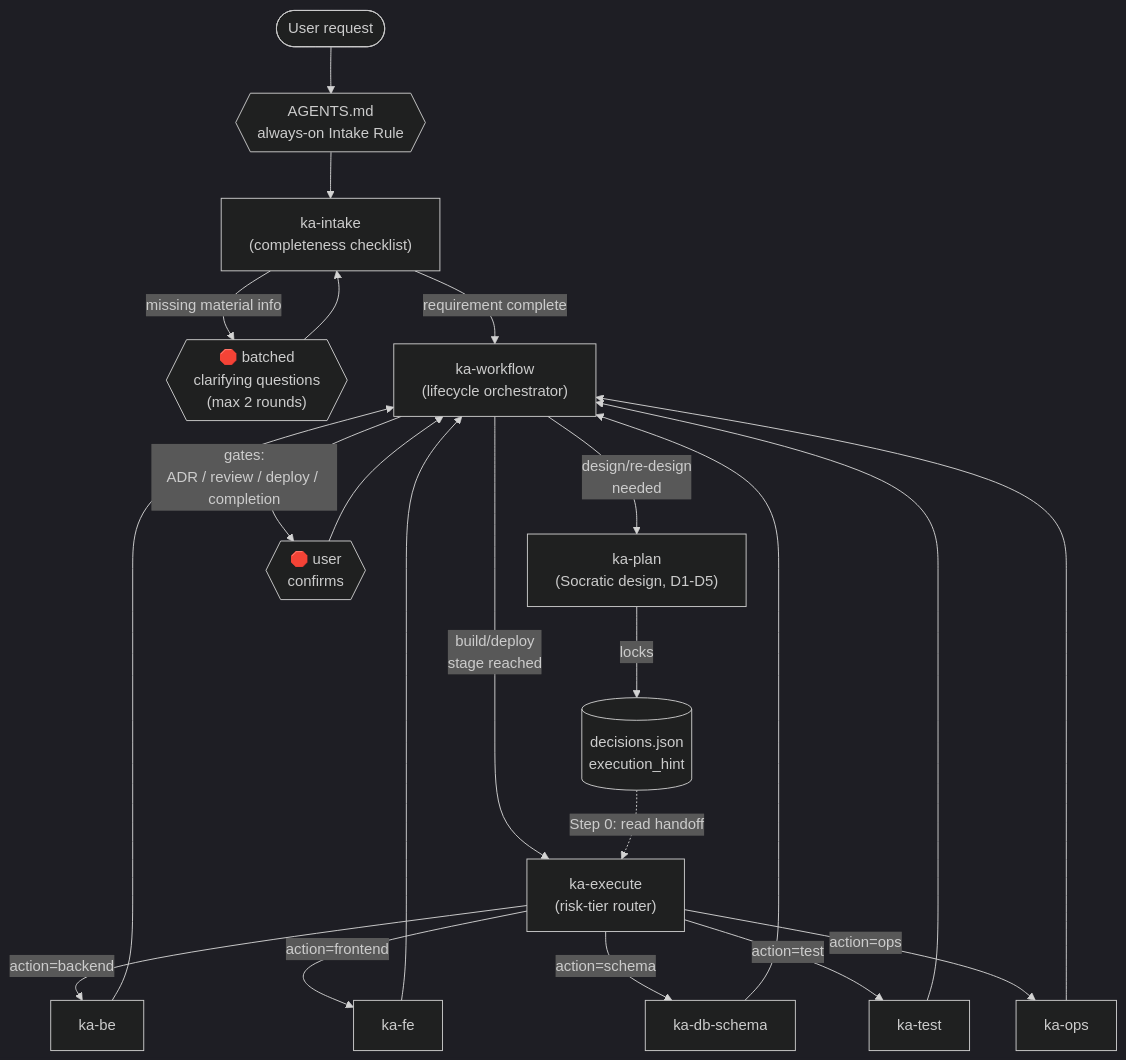
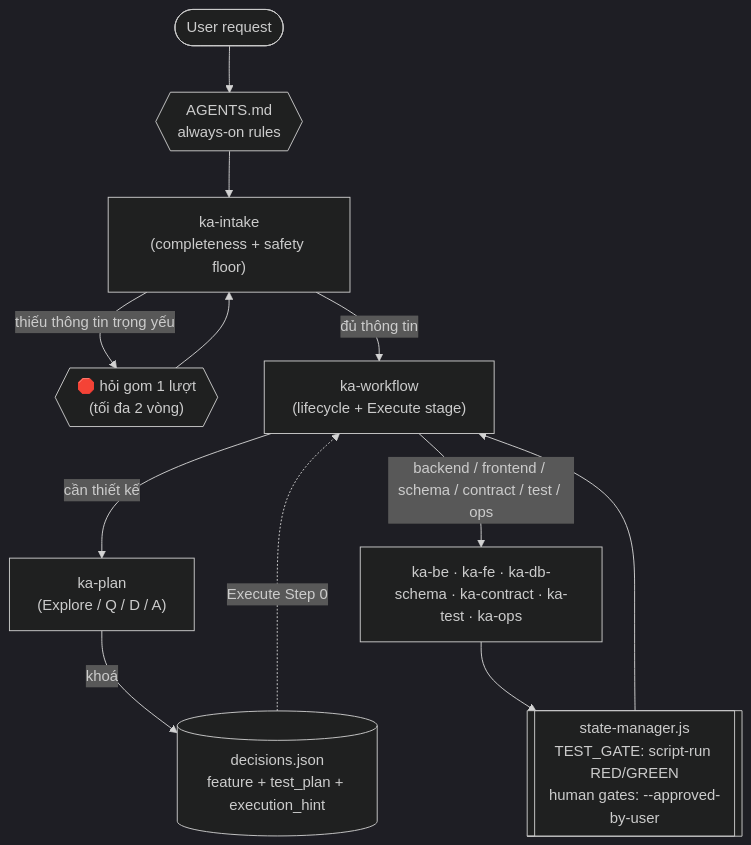
Before and after one commit to trongnghiango/agentskills: the diagram in README.md, drawn with Mermaid (dark theme). The commit also changed other lines of this file and 8 other files, not shown here.

Commit message:
chore(tooling,docs): enforce self-contained skill refs, clean evals and document v6 architecture

````diff
--- a/README.md
+++ b/README.md
@@ -106,29 +48,16 @@
 ```mermaid
 flowchart TD
-    User(["User request"]) --> CLAUDEMD{{"AGENTS.md<br/>always-on Intake Rule"}}
-    CLAUDEMD --> INTAKE["ka-intake<br/>(completeness checklist)"]
-    INTAKE -->|"missing material info"| AskUser{{"🛑 batched<br/>clarifying questions<br/>(max 2 rounds)"}}
+    User(["User request"]) --> RULE{{"AGENTS.md<br/>always-on rules"}}
+    RULE --> INTAKE["ka-intake<br/>(completeness + safety floor)"]
+    INTAKE -->|"thiếu thông tin trọng yếu"| AskUser{{"🛑 hỏi gom 1 lượt<br/>(tối đa 2 vòng)"}}
     AskUser --> INTAKE
-    INTAKE -->|"requirement complete"| WF["ka-workflow<br/>(lifecycle orchestrator)"]
+    INTAKE -->|"đủ thông tin"| WF["ka-workflow<br/>(lifecycle + Execute stage)"]
 
-    WF -->|"design/re-design<br/>needed"| PLAN["ka-plan<br/>(Socratic design, D1-D5)"]
-    PLAN -->|"locks"| DECISIONS[("decisions.json<br/>execution_hint")]
+    WF -->|"cần thiết kế"| PLAN["ka-plan<br/>(Explore / Q / D / A)"]
+    PLAN -->|"khoá"| DECISIONS[("decisions.json<br/>feature + test_plan + execution_hint")]
+    DECISIONS -.->|"Execute Step 0"| WF
 
-    WF -->|"build/deploy<br/>stage reached"| EXEC["ka-execute<br/>(risk-tier router)"]
-    DECISIONS -.->|"Step 0: read handoff"| EXEC
-
-    EXEC -->|"action=backend"| BE["ka-be"]
-    EXEC -->|"action=frontend"| FE["ka-fe"]
-    EXEC -->|"action=schema"| DB["ka-db-schema"]
-    EXEC -->|"action=test"| TEST["ka-test"]
-    EXEC -->|"action=ops"| OPS["ka-ops"]
-
-    BE --> WF
-    FE --> WF
-    DB --> WF
-    TEST --> WF
-    OPS --> WF
-
-    WF -->|"gates:<br/>ADR / review / deploy / completion"| Approve{{"🛑 user<br/>confirms"}}
-    Approve --> WF
+    WF -->|"backend / frontend / schema / contract / test / ops"| WORKERS["ka-be · ka-fe · ka-db-schema · ka-contract · ka-test · ka-ops"]
+    WORKERS --> SM[["state-manager.js<br/>TEST_GATE: script-run RED/GREEN<br/>human gates: --approved-by-user"]]
+    SM --> WF
 ```
````
